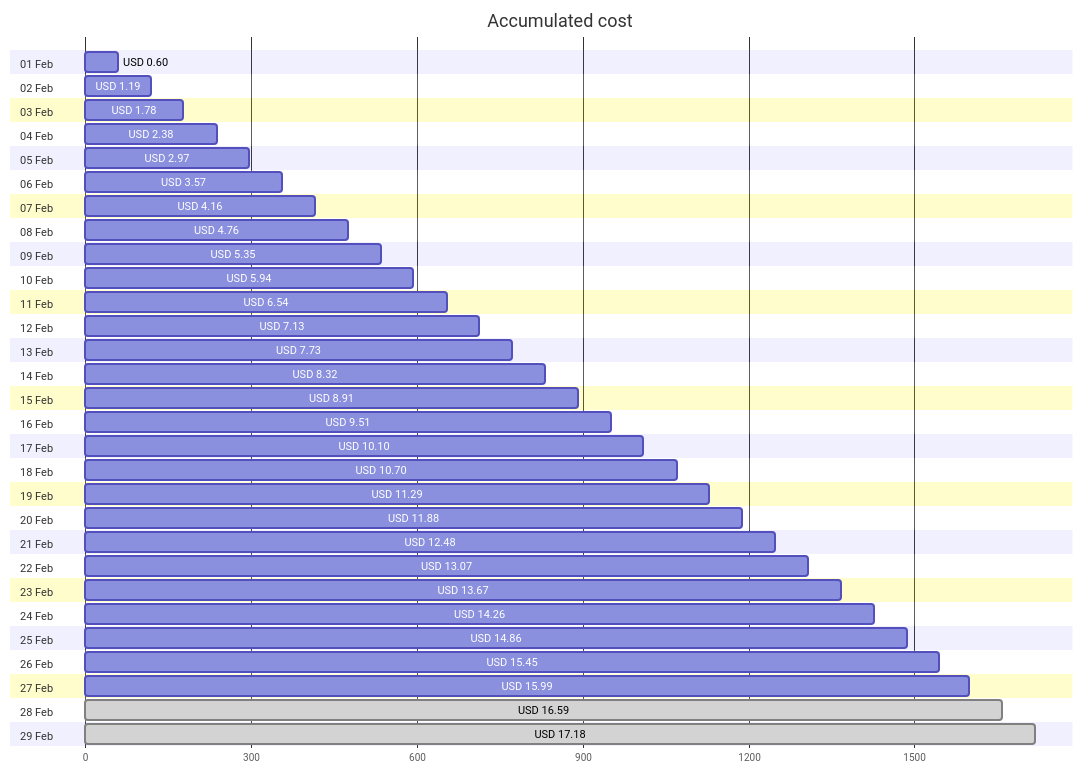
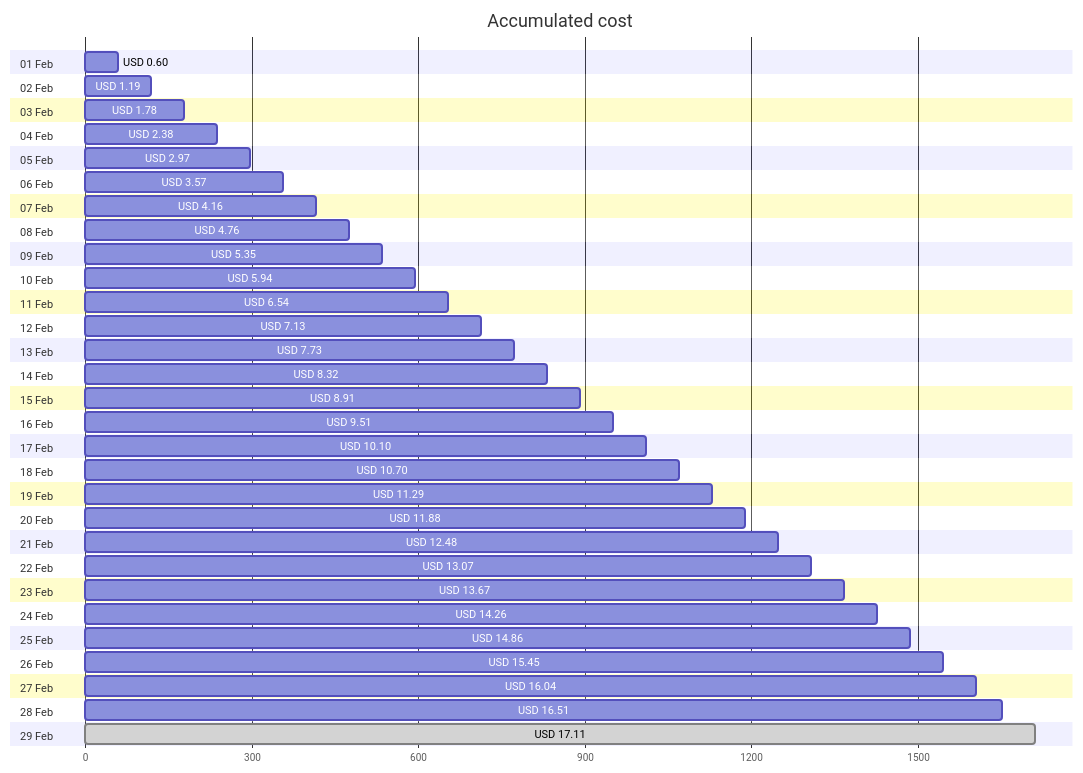
Before and after one commit to jpfulton/azure-personal-reports: the first of 4 diagrams in cost-reports/personal-site/README.md, drawn with Mermaid. The commit also changed other lines of this file and 6 other files, not shown here.

````diff
--- a/cost-reports/personal-site/README.md
+++ b/cost-reports/personal-site/README.md
@@ -20,64 +20,64 @@
 ```mermaid
 gantt
    title Accumulated cost
    dateFormat  X
    axisFormat %s
    section 01 Feb
    USD 0.60 :0, 60
    section 02 Feb
    USD 1.19 :0, 119
    section 03 Feb
    USD 1.78 :0, 178
    section 04 Feb
    USD 2.38 :0, 238
    section 05 Feb
    USD 2.97 :0, 297
    section 06 Feb
    USD 3.57 :0, 357
    section 07 Feb
    USD 4.16 :0, 416
    section 08 Feb
    USD 4.76 :0, 476
    section 09 Feb
    USD 5.35 :0, 535
    section 10 Feb
    USD 5.94 :0, 594
    section 11 Feb
    USD 6.54 :0, 654
    section 12 Feb
    USD 7.13 :0, 713
    section 13 Feb
    USD 7.73 :0, 773
    section 14 Feb
    USD 8.32 :0, 832
    section 15 Feb
    USD 8.91 :0, 891
    section 16 Feb
    USD 9.51 :0, 951
    section 17 Feb
    USD 10.10 :0, 1010
    section 18 Feb
    USD 10.70 :0, 1070
    section 19 Feb
    USD 11.29 :0, 1129
    section 20 Feb
    USD 11.88 :0, 1188
    section 21 Feb
    USD 12.48 :0, 1248
    section 22 Feb
    USD 13.07 :0, 1307
    section 23 Feb
    USD 13.67 :0, 1367
    section 24 Feb
    USD 14.26 :0, 1426
    section 25 Feb
    USD 14.86 :0, 1486
    section 26 Feb
    USD 15.45 :0, 1545
    section 27 Feb
-   USD 15.99 :0, 1599
+   USD 16.04 :0, 1604
    section 28 Feb
-   USD 16.59 : done, 0, 1659
+   USD 16.51 :0, 1651
    section 29 Feb
-   USD 17.18 : done, 0, 1718
+   USD 17.11 : done, 0, 1711
 ```
````
